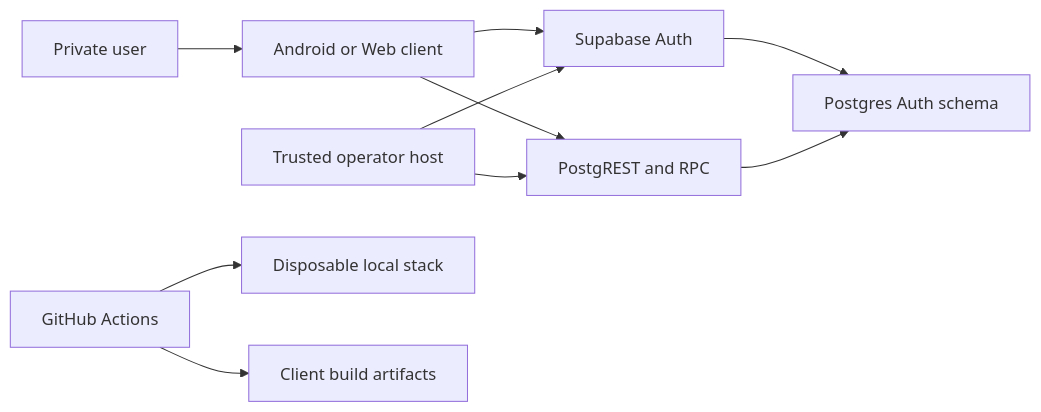
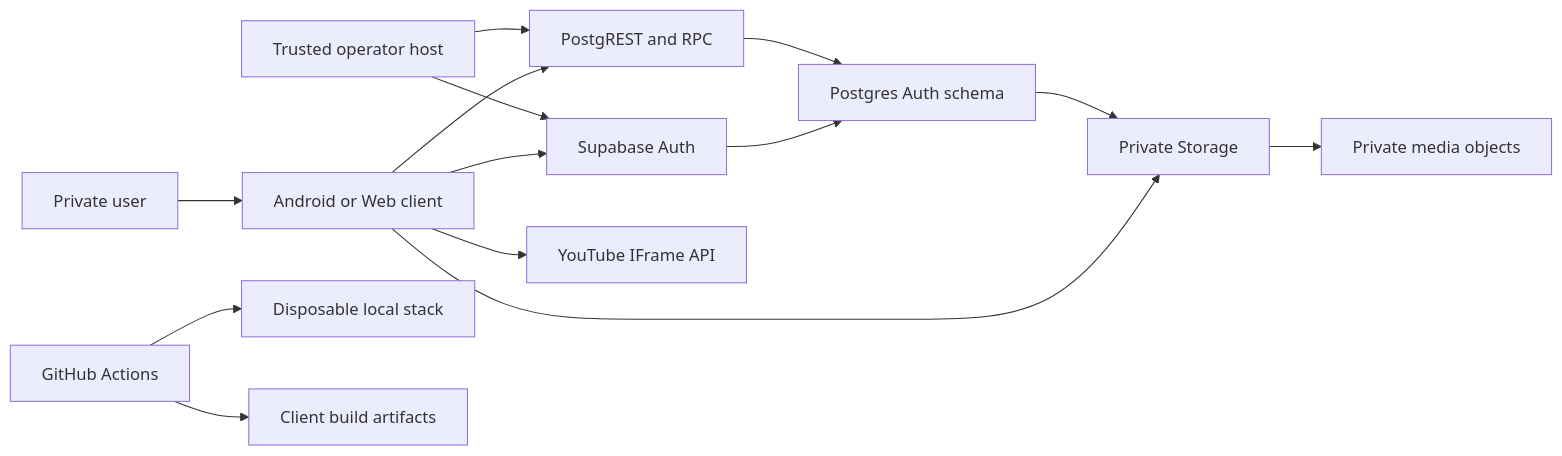
Before and after one commit to Hermann-33/Stone-Set: the diagram in docs/security/Stone-Set-threat-model.md, drawn with Mermaid. The commit also changed other lines of this file and 61 other files, not shown here.

Commit message:
TASK-IMP-003B: Implement private exercise media and YouTube

````diff
--- a/docs/security/Stone-Set-threat-model.md
+++ b/docs/security/Stone-Set-threat-model.md
@@ -82,12 +134,16 @@
 ```mermaid
 flowchart LR
   U["Private user"] --> C["Android or Web client"]
   C --> A["Supabase Auth"]
   C --> P["PostgREST and RPC"]
+  C --> S["Private Storage"]
+  C --> Y["YouTube IFrame API"]
   A --> D["Postgres Auth schema"]
   P --> D
+  S --> M["Private media objects"]
+  D --> S
   O["Trusted operator host"] --> A
   O --> P
   G["GitHub Actions"] --> L["Disposable local stack"]
   G --> B["Client build artifacts"]
 ```
````
